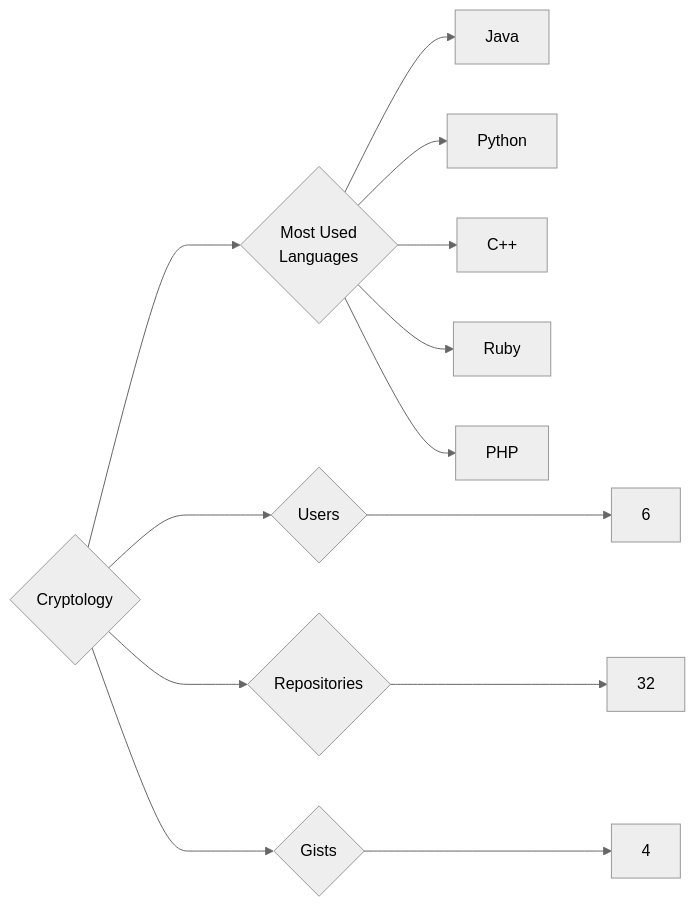
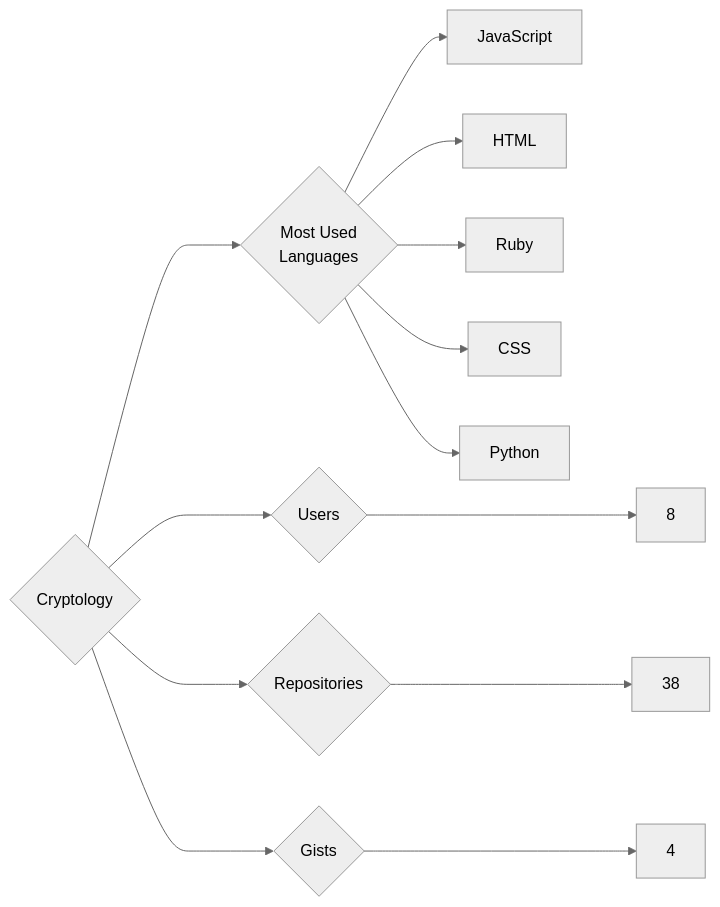
One commit to trickest/insiders changed the diagram in targets/Cryptology/README.md. Above: the diagram before and after it, drawn with Mermaid (neutral theme). The commit also changed 1170 other files, not shown here.

````diff
--- a/targets/Cryptology/README.md
+++ b/targets/Cryptology/README.md
@@ -3,13 +3,13 @@
 ```mermaid
 graph LR
 COMPANY_NAME{Cryptology}
-COMPANY_NAME ---> U{Users} ---> UN[6]
-COMPANY_NAME ---> R{Repositories} ---> RN[32]
+COMPANY_NAME ---> U{Users} ---> UN[8]
+COMPANY_NAME ---> R{Repositories} ---> RN[38]
 COMPANY_NAME ---> G{Gists} ---> GN[4]
 COMPANY_NAME ---> ML{Most Used<br>Languages}
-ML --> Java[Java]
+ML --> JavaScript[JavaScript]
+ML --> HTML[HTML]
+ML --> Ruby[Ruby]
+ML --> CSS[CSS]
 ML --> Python[Python]
-ML --> C++[C++]
-ML --> Ruby[Ruby]
-ML --> PHP[PHP]
 ```
````
